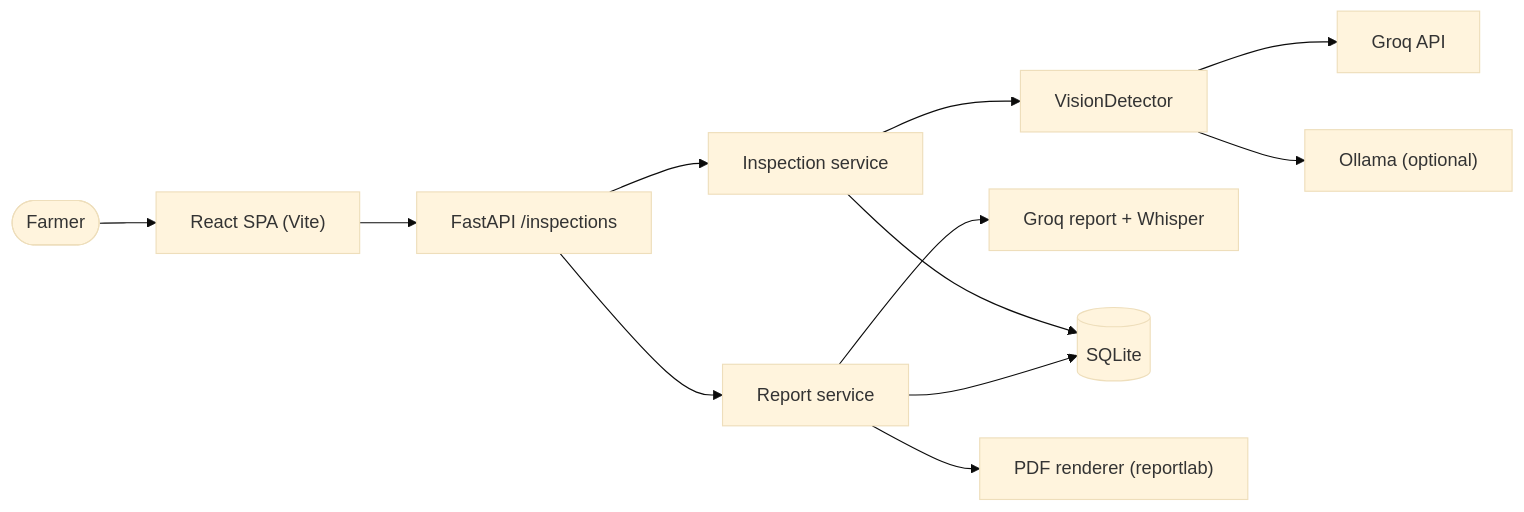
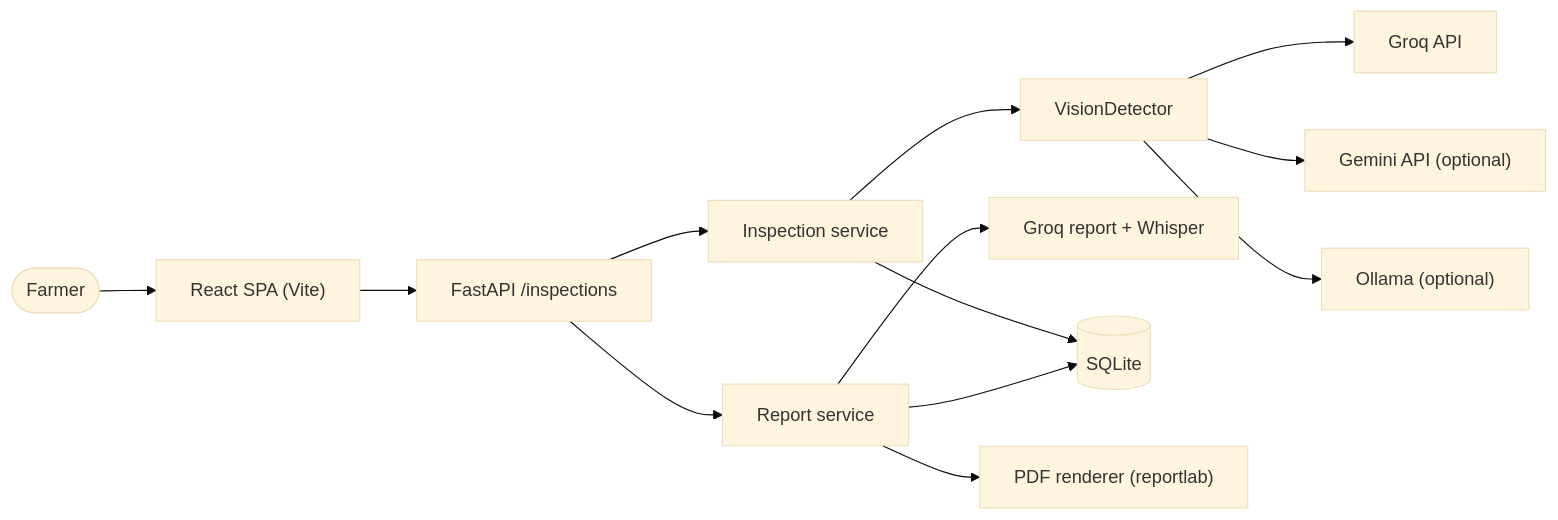
Before and after one commit to HamzaShafiq44/FieldMark: the first of 4 diagrams in ARCHITECTURE.md, drawn with Mermaid (base theme). The commit also changed other lines of this file and 30 other files, not shown here.

````diff
--- a/ARCHITECTURE.md
+++ b/ARCHITECTURE.md
@@ -26,14 +26,15 @@
 ```mermaid
 flowchart LR
     Farmer([Farmer]) --> UI["React SPA (Vite)"]
     UI --> API["FastAPI /inspections"]
     API --> SVC["Inspection service"]
     API --> RPT["Report service"]
     SVC --> DET["VisionDetector"]
     DET --> Groq["Groq API"]
+    DET --> Gemini["Gemini API (optional)"]
     DET --> Ollama["Ollama (optional)"]
     RPT --> ReportAI["Groq report + Whisper"]
     SVC --> DB[("SQLite")]
     RPT --> DB
     RPT --> PDF["PDF renderer (reportlab)"]
 ```
````
